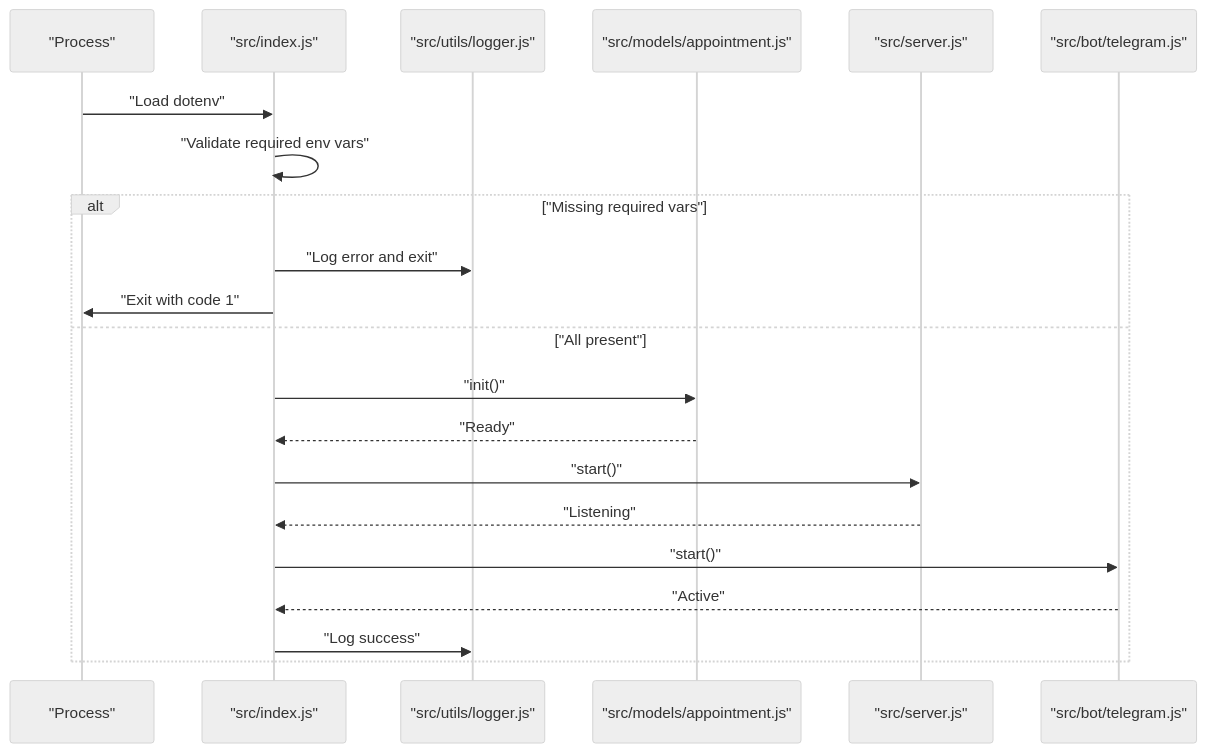
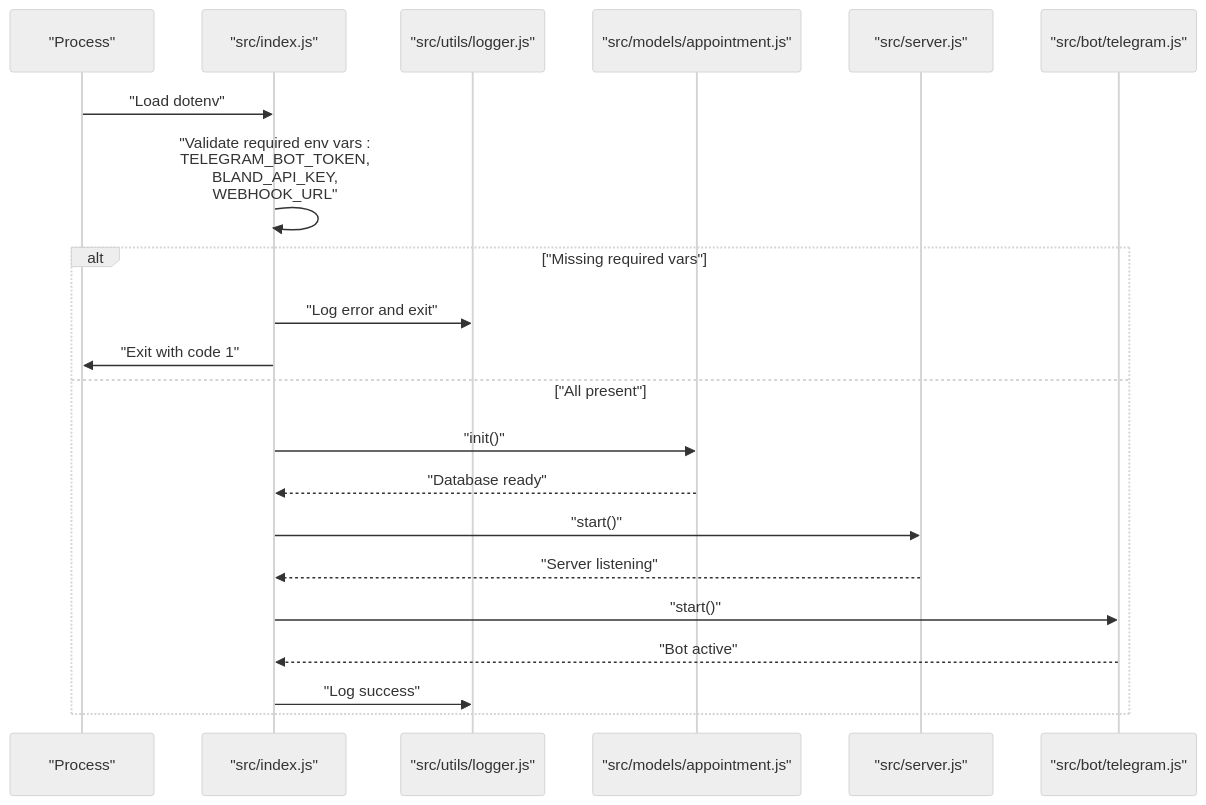
Before and after one commit to Armanda888/appointment-voice-agent: the third of 9 diagrams in .qoder/repowiki/en/content/Configuration and Environment Management.md, drawn with Mermaid (neutral theme). The commit also changed other lines of this file and 14 other files, not shown here.

````diff
--- a/.qoder/repowiki/en/content/Configuration and Environment Management.md
+++ b/.qoder/repowiki/en/content/Configuration and Environment Management.md
@@ -188,23 +208,23 @@
 ```mermaid
 sequenceDiagram
 participant Proc as "Process"
 participant Entry as "src/index.js"
 participant Logger as "src/utils/logger.js"
 participant Model as "src/models/appointment.js"
 participant Server as "src/server.js"
 participant Bot as "src/bot/telegram.js"
 Proc->>Entry : "Load dotenv"
-Entry->>Entry : "Validate required env vars"
+Entry->>Entry : "Validate required env vars : <br/>TELEGRAM_BOT_TOKEN,<br/>BLAND_API_KEY,<br/>WEBHOOK_URL"
 alt "Missing required vars"
 Entry->>Logger : "Log error and exit"
 Entry->>Proc : "Exit with code 1"
 else "All present"
 Entry->>Model : "init()"
-Model-->>Entry : "Ready"
+Model-->>Entry : "Database ready"
 Entry->>Server : "start()"
-Server-->>Entry : "Listening"
+Server-->>Entry : "Server listening"
 Entry->>Bot : "start()"
-Bot-->>Entry : "Active"
+Bot-->>Entry : "Bot active"
 Entry->>Logger : "Log success"
 end
 ```
````
